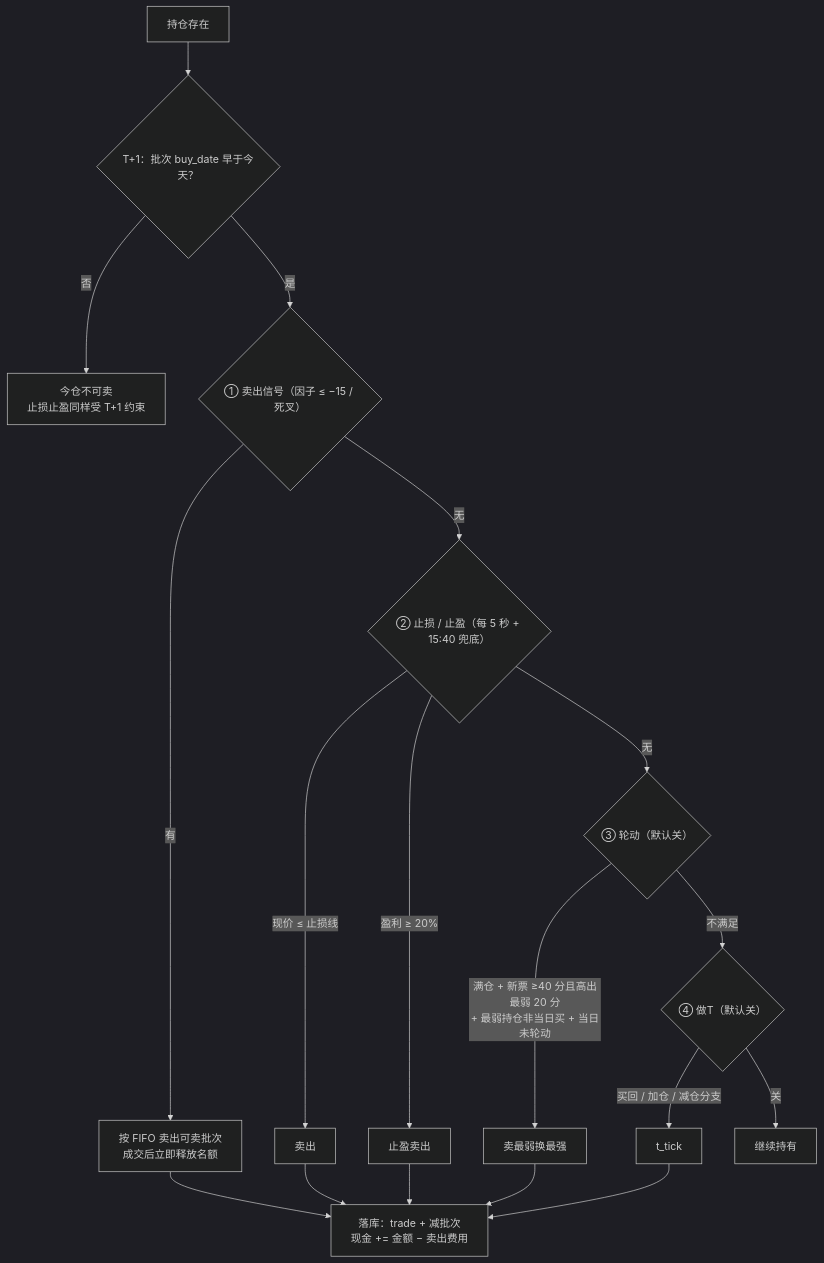
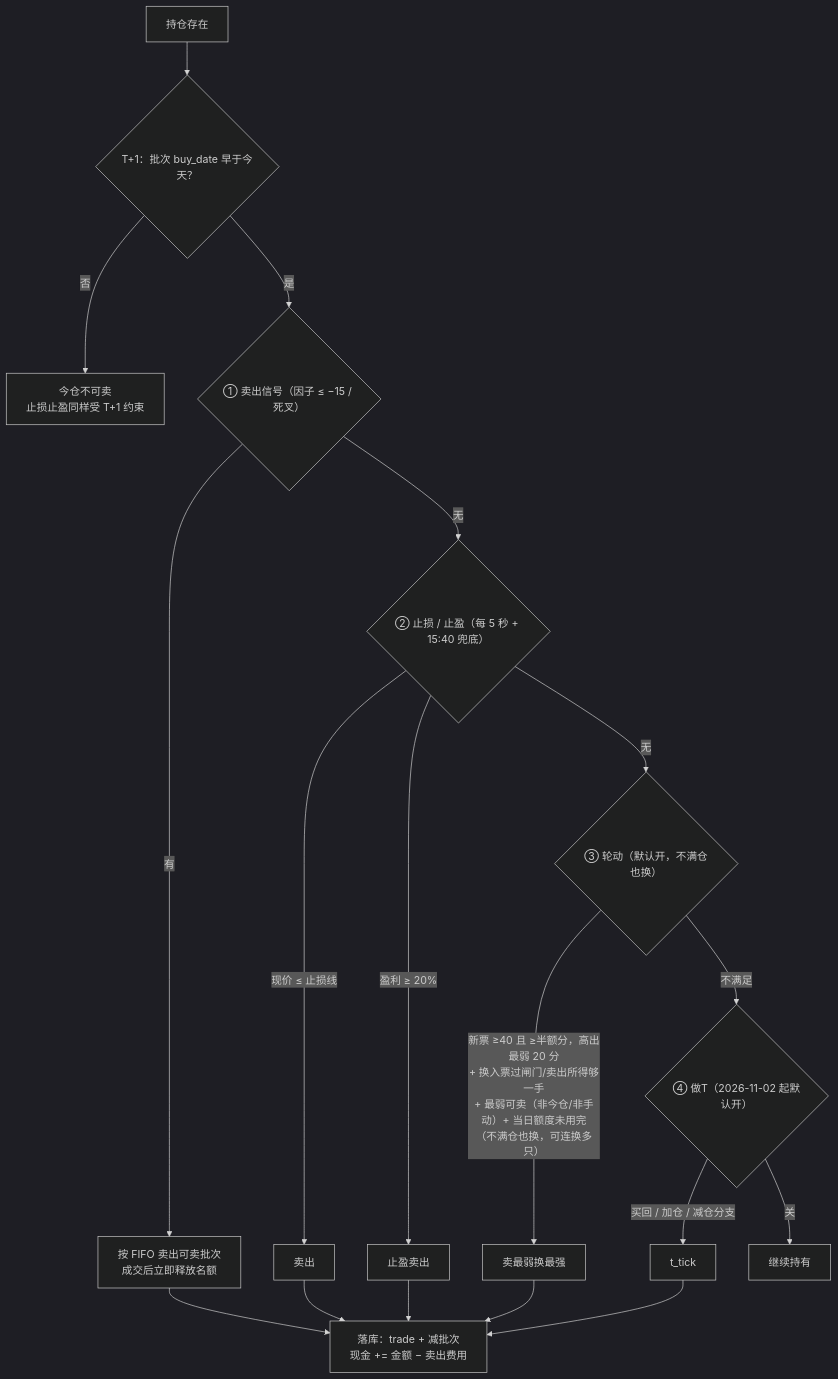
One commit to LumberWG/SAS changed the third of 3 diagrams in docs/flow.md. Above: the diagram before and after it, drawn with Mermaid (dark theme). The commit also changed other lines of this file and 16 other files, not shown here.

````diff
--- a/docs/flow.md
+++ b/docs/flow.md
@@ -263,21 +266,21 @@
 ```mermaid
 flowchart TD
     H["持仓存在"] --> T{"T+1：批次 buy_date 早于今天？"}
     T -- 否 --> T1["今仓不可卖<br/>止损止盈同样受 T+1 约束"]
     T -- 是 --> S1{"① 卖出信号（因子 ≤ −15 / 死叉）"}
     S1 -- 有 --> E1["按 FIFO 卖出可卖批次<br/>成交后立即释放名额"]
     S1 -- 无 --> S2{"② 止损 / 止盈（每 5 秒 + 15:40 兜底）"}
     S2 -- "现价 ≤ 止损线" --> E2["卖出"]
     S2 -- "盈利 ≥ 20%" --> E3["止盈卖出"]
-    S2 -- 无 --> S3{"③ 轮动（默认关）"}
-    S3 -- "满仓 + 新票 ≥40 分且高出最弱 20 分<br/>+ 最弱持仓非当日买 + 当日未轮动" --> E4["卖最弱换最强"]
-    S3 -- 不满足 --> S4{"④ 做T（默认关）"}
+    S2 -- 无 --> S3{"③ 轮动（默认开，不满仓也换）"}
+    S3 -- "新票 ≥40 且 ≥半额分，高出最弱 20 分<br/>+ 换入票过闸门/卖出所得够一手<br/>+ 最弱可卖（非今仓/非手动）+ 当日额度未用完<br/>（不满仓也换，可连换多只）" --> E4["卖最弱换最强"]
+    S3 -- 不满足 --> S4{"④ 做T（2026-11-02 起默认开）"}
     S4 -- "买回 / 加仓 / 减仓分支" --> E5["t_tick"]
     S4 -- 关 --> H2["继续持有"]
 
     E1 --> C["落库：trade + 减批次<br/>现金 += 金额 − 卖出费用"]
     E2 --> C
     E3 --> C
     E4 --> C
     E5 --> C
 ```
````
